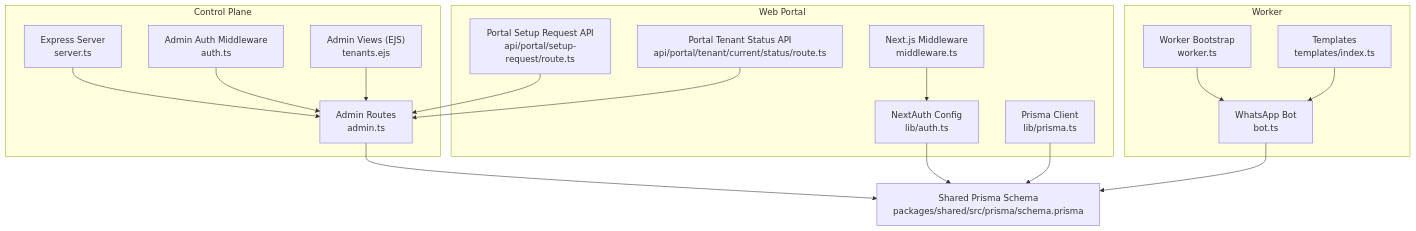
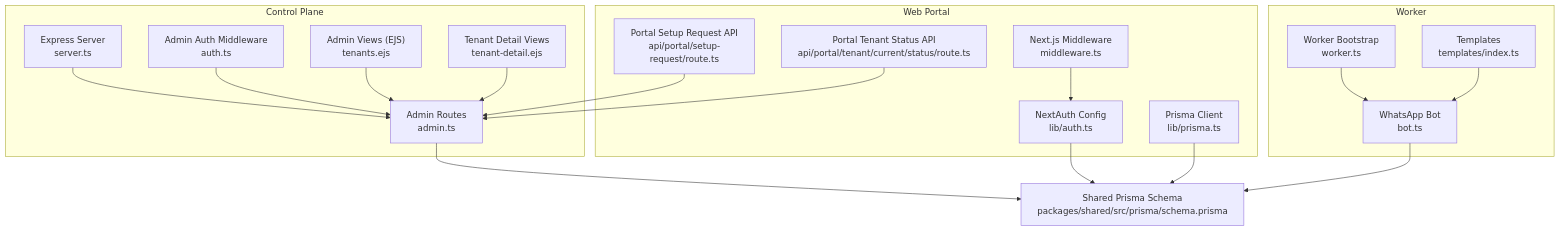
Before and after one commit to askchiwa-spec/FLOW-HQ-BOT: the first of 10 diagrams in .qoder/repowiki/en/content/Multi-Tenant Management/Multi-Tenant Management.md, drawn with Mermaid. The commit also changed other lines of this file and 27 other files, not shown here.

````diff
--- a/.qoder/repowiki/en/content/Multi-Tenant Management/Multi-Tenant Management.md
+++ b/.qoder/repowiki/en/content/Multi-Tenant Management/Multi-Tenant Management.md
@@ -52,34 +65,36 @@
 ```mermaid
 graph TB
 subgraph "Control Plane"
 CP_Server["Express Server<br/>server.ts"]
 CP_Admin["Admin Routes<br/>admin.ts"]
 CP_Auth["Admin Auth Middleware<br/>auth.ts"]
 CP_View["Admin Views (EJS)<br/>tenants.ejs"]
+CP_TenantDetail["Tenant Detail Views<br/>tenant-detail.ejs"]
 end
 subgraph "Web Portal"
 WP_MW["Next.js Middleware<br/>middleware.ts"]
 WP_NextAuth["NextAuth Config<br/>lib/auth.ts"]
 WP_ClientPrisma["Prisma Client<br/>lib/prisma.ts"]
 WP_API_Setup["Portal Setup Request API<br/>api/portal/setup-request/route.ts"]
 WP_API_Status["Portal Tenant Status API<br/>api/portal/tenant/current/status/route.ts"]
 end
 subgraph "Worker"
 WK_Worker["Worker Bootstrap<br/>worker.ts"]
 WK_Bot["WhatsApp Bot<br/>bot.ts"]
 WK_Templates["Templates<br/>templates/index.ts"]
 end
 Shared["Shared Prisma Schema<br/>packages/shared/src/prisma/schema.prisma"]
 CP_Server --> CP_Admin
 CP_Admin --> Shared
 CP_Auth --> CP_Admin
 CP_View --> CP_Admin
+CP_TenantDetail --> CP_Admin
 WP_MW --> WP_NextAuth
 WP_NextAuth --> Shared
 WP_ClientPrisma --> Shared
 WP_API_Setup --> CP_Admin
 WP_API_Status --> CP_Admin
 WK_Worker --> WK_Bot
 WK_Bot --> Shared
 WK_Templates --> WK_Bot
 ```
````
